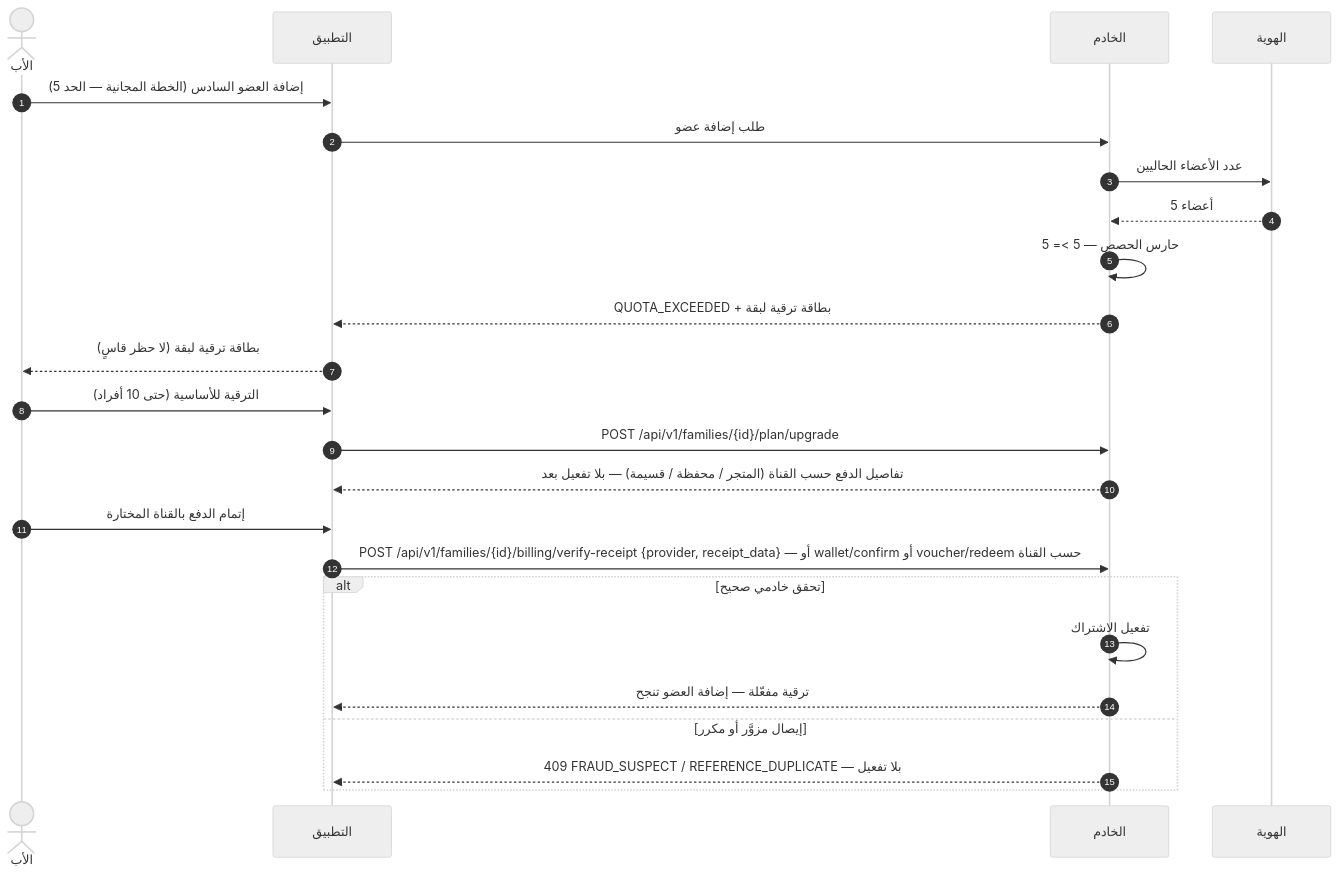
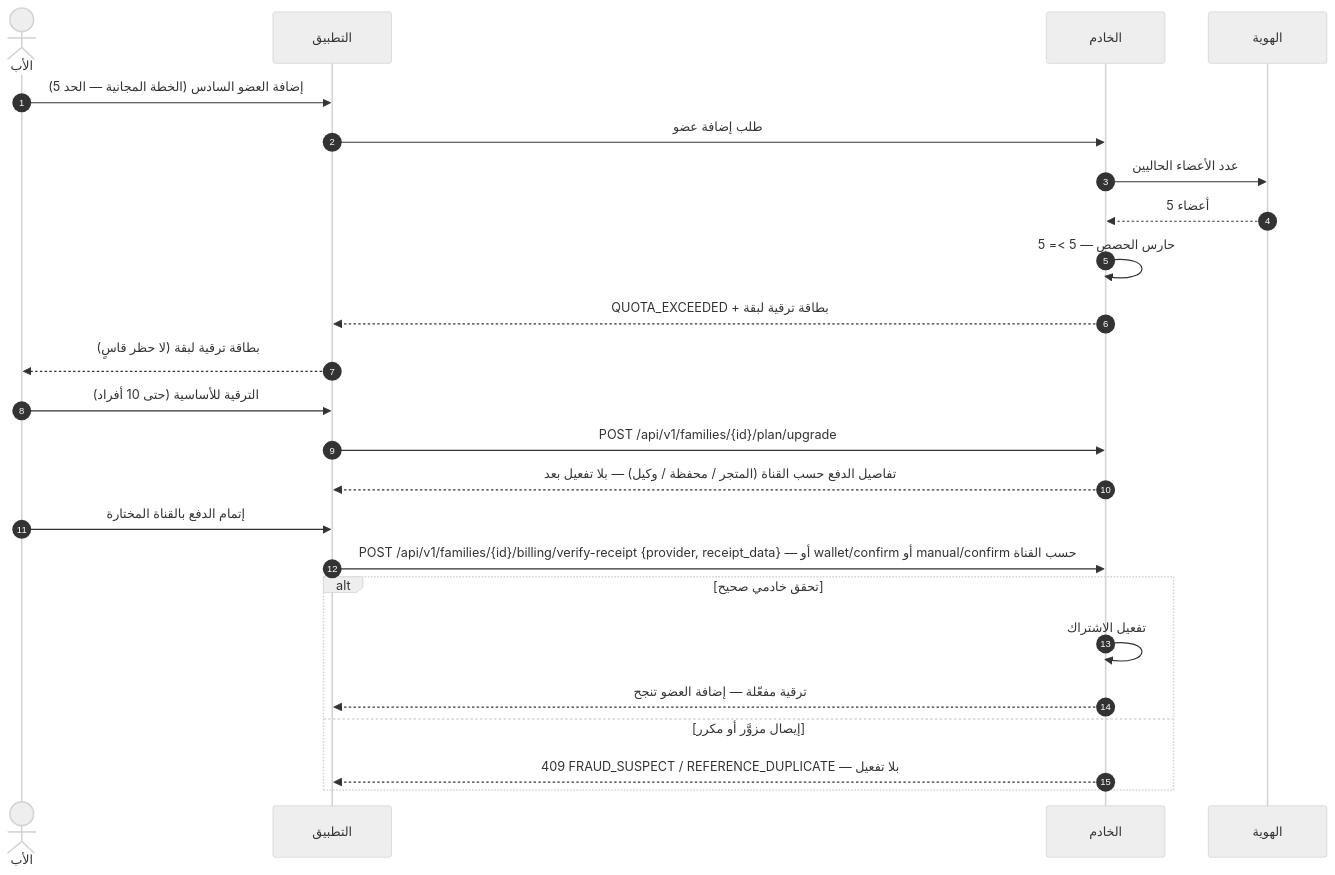
Before and after one commit to Bassam-mohammed-alqaeadi/family-os-v2: the sixth of 12 diagrams in docs/family-os/governance/phases/phase-1/S1-04-plans-and-subscriptions/DIAGRAMS.md, drawn with Mermaid (neutral theme). The commit also changed other lines of this file and 32 other files, not shown here.

````diff
--- a/docs/family-os/governance/phases/phase-1/S1-04-plans-and-subscriptions/DIAGRAMS.md
+++ b/docs/family-os/governance/phases/phase-1/S1-04-plans-and-subscriptions/DIAGRAMS.md
@@ -331,26 +294,26 @@
 ```mermaid
 sequenceDiagram
     autonumber
     actor Father as الأب
     participant App as التطبيق
     participant Ktor as الخادم
     participant S102 as الهوية
     Father->>App: إضافة العضو السادس (الخطة المجانية — الحد 5)
     App->>Ktor: طلب إضافة عضو
     Ktor->>S102: عدد الأعضاء الحاليين
     S102-->>Ktor: 5 أعضاء
     Ktor->>Ktor: حارس الحصص — 5 >= 5
     Ktor-->>App: QUOTA_EXCEEDED + بطاقة ترقية لبقة
     App-->>Father: بطاقة ترقية لبقة (لا حظر قاسٍ)
     Father->>App: الترقية للأساسية (حتى 10 أفراد)
     App->>Ktor: POST /api/v1/families/{id}/plan/upgrade
-    Ktor-->>App: تفاصيل الدفع حسب القناة (المتجر / محفظة / قسيمة) — بلا تفعيل بعد
+    Ktor-->>App: تفاصيل الدفع حسب القناة (المتجر / محفظة / وكيل) — بلا تفعيل بعد
     Father->>App: إتمام الدفع بالقناة المختارة
-    App->>Ktor: POST /api/v1/families/{id}/billing/verify-receipt {provider, receipt_data} — أو wallet/confirm أو voucher/redeem حسب القناة
+    App->>Ktor: POST /api/v1/families/{id}/billing/verify-receipt {provider, receipt_data} — أو wallet/confirm أو manual/confirm حسب القناة
     alt تحقق خادمي صحيح
         Ktor->>Ktor: تفعيل الاشتراك
         Ktor-->>App: ترقية مفعّلة — إضافة العضو تنجح
     else إيصال مزوَّر أو مكرر
         Ktor-->>App: 409 FRAUD_SUSPECT / REFERENCE_DUPLICATE — بلا تفعيل
     end
 ```
````
